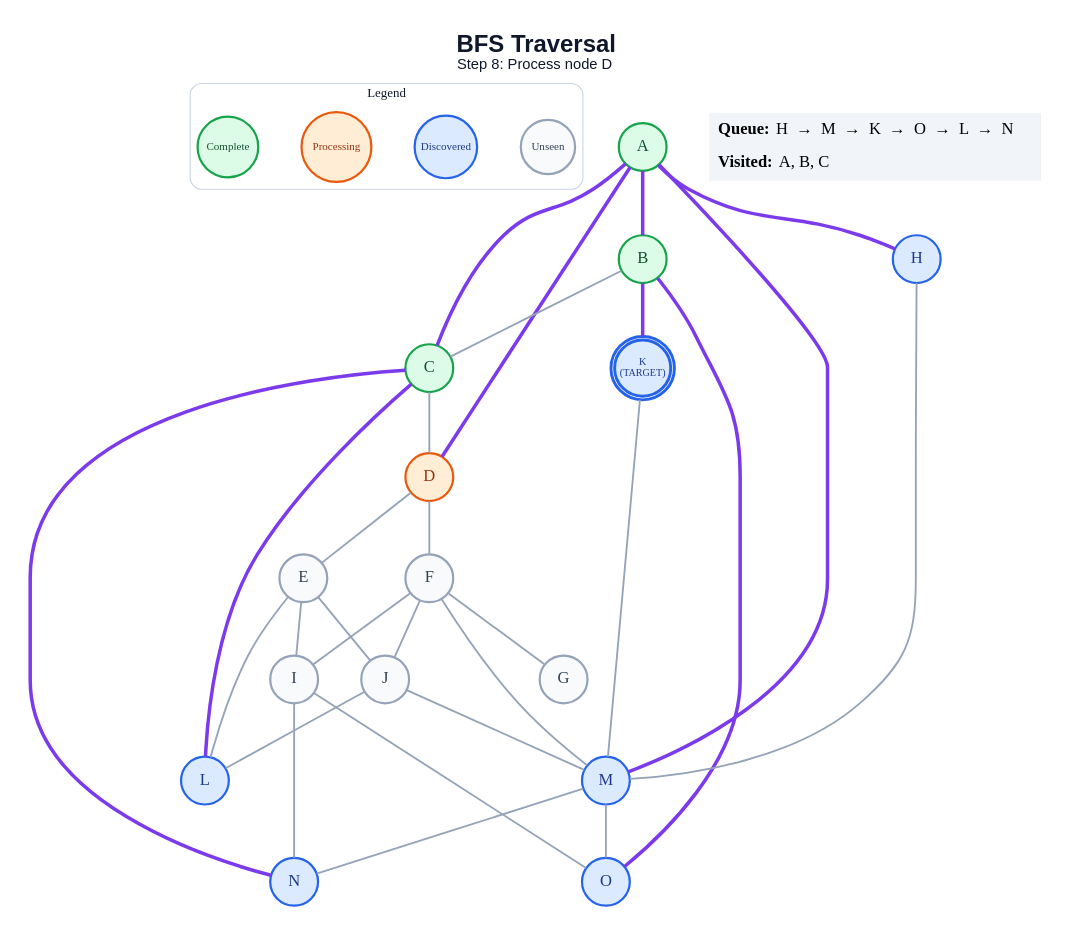
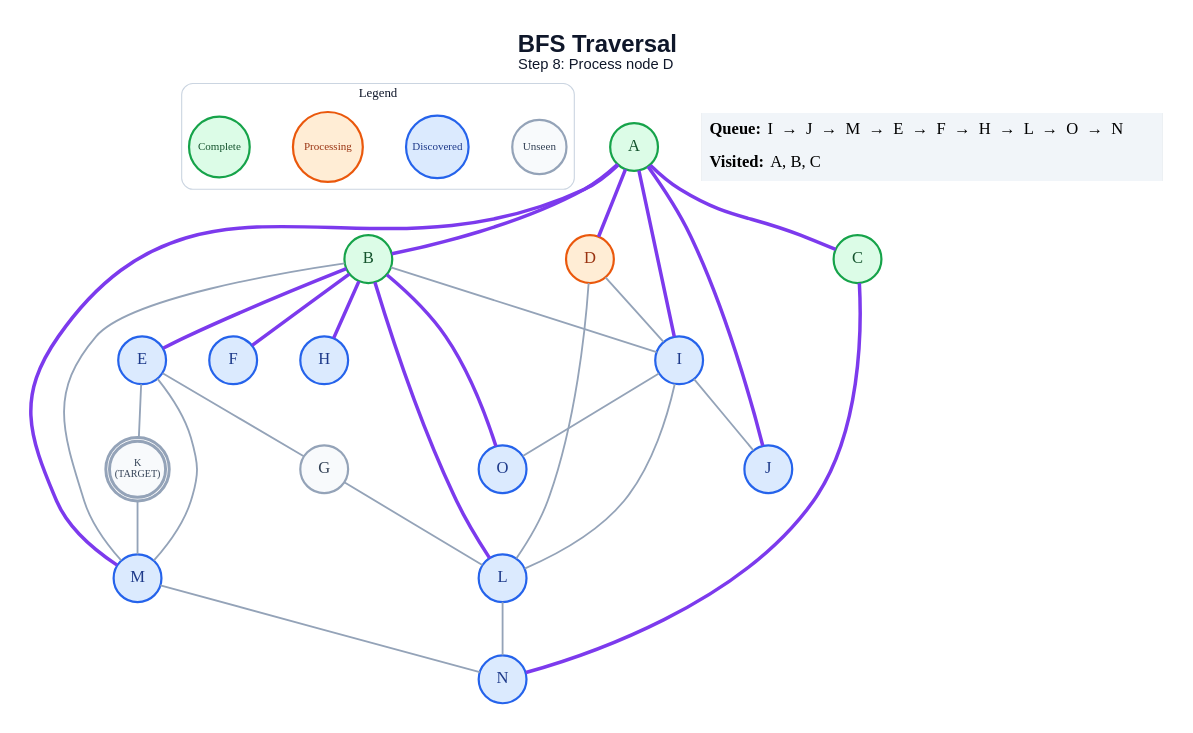
Before and after one commit to anon7238593-create/ai-slop: the diagram in generated/specific-node/bfs/step_08.dot, drawn with Graphviz. The commit also changed 223 other files, not shown here.

```diff
--- a/generated/specific-node/bfs/step_08.dot
+++ b/generated/specific-node/bfs/step_08.dot
@@ -1,62 +1,60 @@
 graph traversal {
   graph [layout=dot, rankdir=TB, bgcolor="#FFFFFF", pad="0.35", nodesep="0.65", ranksep="0.8", fontname="Arial"];
   node [shape=circle, style="filled", fontname="Arial Bold", fontsize=18, width=0.72, fixedsize=true, penwidth=2.4];
   edge [color="#94A3B8", penwidth=2.0];
   label=<<B>BFS Traversal</B><BR/><FONT POINT-SIZE="16">Step 8: Process node D</FONT>>; labelloc="t"; fontsize=26; fontname="Arial"; fontcolor="#0F172A";
   subgraph cluster_legend { label="Legend"; color="#CBD5E1"; penwidth=1.2; style="rounded"; fontsize=14; fontname="Arial Bold";
     key_unseen [label="Unseen", fillcolor="#F8FAFC", color="#94A3B8", fontcolor="#334155", fontsize=12, width=0.82];
     key_frontier [label="Discovered", fillcolor="#DBEAFE", color="#2563EB", fontcolor="#1E3A8A", fontsize=12, width=0.95];
     key_current [label="Processing", fillcolor="#FFEDD5", color="#EA580C", fontcolor="#9A3412", fontsize=12, width=1.05];
     key_done [label="Complete", fillcolor="#DCFCE7", color="#16A34A", fontcolor="#14532D", fontsize=12, width=0.92];
     { rank=same; key_unseen; key_frontier; key_current; key_done; }
   }
   A [label="A", fillcolor="#DCFCE7", color="#16A34A", fontcolor="#14532D", peripheries=1, penwidth=2.4];
   B [label="B", fillcolor="#DCFCE7", color="#16A34A", fontcolor="#14532D", peripheries=1, penwidth=2.4];
   C [label="C", fillcolor="#DCFCE7", color="#16A34A", fontcolor="#14532D", peripheries=1, penwidth=2.4];
   D [label="D", fillcolor="#FFEDD5", color="#EA580C", fontcolor="#9A3412", peripheries=1, penwidth=2.4];
-  E [label="E", fillcolor="#F8FAFC", color="#94A3B8", fontcolor="#334155", peripheries=1, penwidth=2.4];
-  F [label="F", fillcolor="#F8FAFC", color="#94A3B8", fontcolor="#334155", peripheries=1, penwidth=2.4];
+  E [label="E", fillcolor="#DBEAFE", color="#2563EB", fontcolor="#1E3A8A", peripheries=1, penwidth=2.4];
+  F [label="F", fillcolor="#DBEAFE", color="#2563EB", fontcolor="#1E3A8A", peripheries=1, penwidth=2.4];
   G [label="G", fillcolor="#F8FAFC", color="#94A3B8", fontcolor="#334155", peripheries=1, penwidth=2.4];
   H [label="H", fillcolor="#DBEAFE", color="#2563EB", fontcolor="#1E3A8A", peripheries=1, penwidth=2.4];
-  I [label="I", fillcolor="#F8FAFC", color="#94A3B8", fontcolor="#334155", peripheries=1, penwidth=2.4];
-  J [label="J", fillcolor="#F8FAFC", color="#94A3B8", fontcolor="#334155", peripheries=1, penwidth=2.4];
-  K [label="K\n(TARGET)", fillcolor="#DBEAFE", color="#2563EB", fontcolor="#1E3A8A", peripheries=2, penwidth=3.2, fontsize=11, width=0.85, height=0.85];
+  I [label="I", fillcolor="#DBEAFE", color="#2563EB", fontcolor="#1E3A8A", peripheries=1, penwidth=2.4];
+  J [label="J", fillcolor="#DBEAFE", color="#2563EB", fontcolor="#1E3A8A", peripheries=1, penwidth=2.4];
+  K [label="K\n(TARGET)", fillcolor="#F8FAFC", color="#94A3B8", fontcolor="#334155", peripheries=2, penwidth=3.2, fontsize=11, width=0.85, height=0.85];
   L [label="L", fillcolor="#DBEAFE", color="#2563EB", fontcolor="#1E3A8A", peripheries=1, penwidth=2.4];
   M [label="M", fillcolor="#DBEAFE", color="#2563EB", fontcolor="#1E3A8A", peripheries=1, penwidth=2.4];
   N [label="N", fillcolor="#DBEAFE", color="#2563EB", fontcolor="#1E3A8A", peripheries=1, penwidth=2.4];
   O [label="O", fillcolor="#DBEAFE", color="#2563EB", fontcolor="#1E3A8A", peripheries=1, penwidth=2.4];
   A -- B [color="#7C3AED", penwidth=3.8];
   A -- C [color="#7C3AED", penwidth=3.8];
   A -- D [color="#7C3AED", penwidth=3.8];
-  A -- H [color="#7C3AED", penwidth=3.8];
+  A -- I [color="#7C3AED", penwidth=3.8];
+  A -- J [color="#7C3AED", penwidth=3.8];
   A -- M [color="#7C3AED", penwidth=3.8];
-  B -- C;
-  B -- K [color="#7C3AED", penwidth=3.8];
+  B -- E [color="#7C3AED", penwidth=3.8];
+  B -- F [color="#7C3AED", penwidth=3.8];
+  B -- H [color="#7C3AED", penwidth=3.8];
+  B -- I;
+  B -- L [color="#7C3AED", penwidth=3.8];
+  B -- M;
   B -- O [color="#7C3AED", penwidth=3.8];
-  C -- D;
-  C -- L [color="#7C3AED", penwidth=3.8];
   C -- N [color="#7C3AED", penwidth=3.8];
-  D -- E;
-  D -- F;
-  E -- I;
-  E -- J;
-  E -- L;
-  F -- G;
-  F -- I;
-  F -- J;
-  F -- M;
-  H -- M;
-  I -- N;
+  D -- I;
+  D -- L;
+  E -- G;
+  E -- K;
+  E -- M;
+  G -- L;
+  I -- J;
+  I -- L;
   I -- O;
-  J -- L;
-  J -- M;
   K -- M;
+  L -- N;
   M -- N;
-  M -- O;
   status [shape=plain, fixedsize=false, width=0, height=0, margin=0, label=<
     <TABLE BORDER="0" CELLBORDER="0" CELLPADDING="7" BGCOLOR="#F1F5F9">
-      <TR><TD ALIGN="LEFT"><B>Queue:</B> H  →  M  →  K  →  O  →  L  →  N</TD></TR>
+      <TR><TD ALIGN="LEFT"><B>Queue:</B> I  →  J  →  M  →  E  →  F  →  H  →  L  →  O  →  N</TD></TR>
       <TR><TD ALIGN="LEFT"><B>Visited:</B> A, B, C</TD></TR>
     </TABLE>
   >];
 }
```
